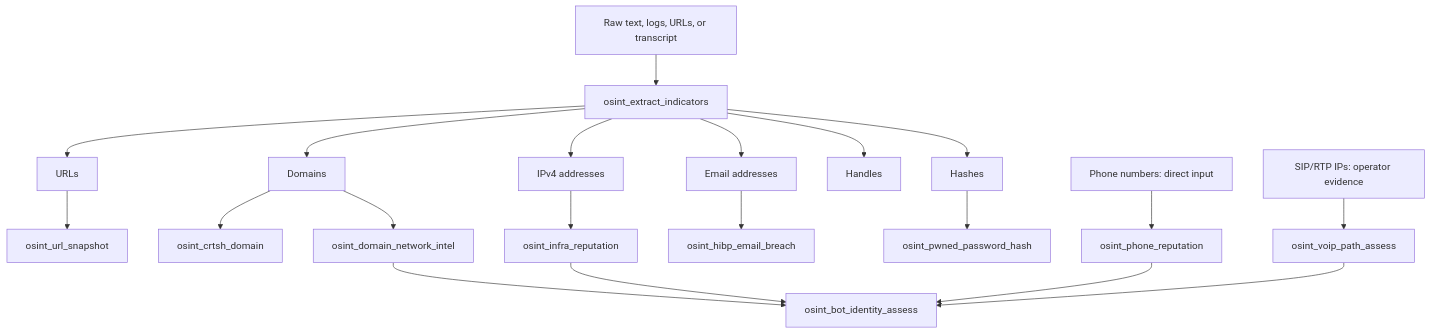
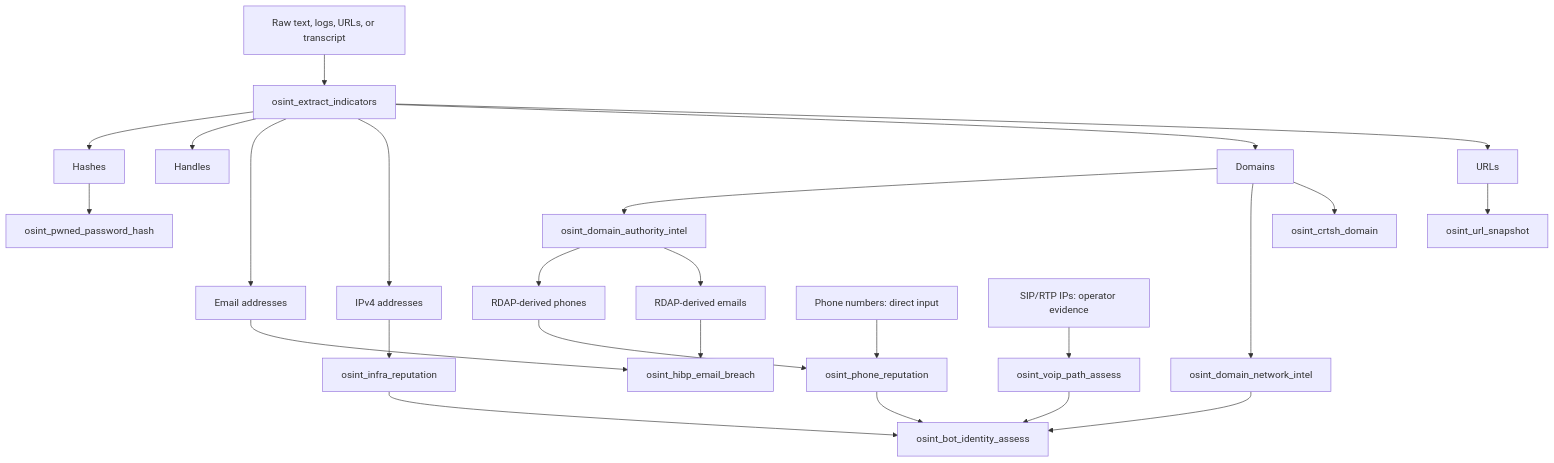
One commit to JuanHuaXu/openclaw-osint changed the second of 2 diagrams in README.md. Above: the diagram before and after it, drawn with Mermaid. The commit also changed other lines of this file and 6 other files, not shown here.

Commit message:
feat: add domain authority correlations to OSINT pipeline

````diff
--- a/README.md
+++ b/README.md
@@ -63,25 +70,30 @@
 ```mermaid
 flowchart TD
   Text["Raw text, logs, URLs, or transcript"] --> Extract["osint_extract_indicators"]
   Extract --> Urls["URLs"]
   Extract --> Domains["Domains"]
   Extract --> Ips["IPv4 addresses"]
   Extract --> Emails["Email addresses"]
   Extract --> Handles["Handles"]
   Extract --> Hashes["Hashes"]
 
   Urls --> Snapshot["osint_url_snapshot"]
   Domains --> Certs["osint_crtsh_domain"]
   Domains --> Network["osint_domain_network_intel"]
+  Domains --> Authority["osint_domain_authority_intel"]
   Ips --> Infra["osint_infra_reputation"]
   Emails --> HibpEmail["osint_hibp_email_breach"]
   Hashes --> PwnedHash["osint_pwned_password_hash"]
+  Authority --> DerivedEmails["RDAP-derived emails"]
+  Authority --> DerivedPhones["RDAP-derived phones"]
+  DerivedEmails --> HibpEmail
+  DerivedPhones --> PhoneRep
 
   Phone["Phone numbers: direct input"] --> PhoneRep["osint_phone_reputation"]
   Sip["SIP/RTP IPs: operator evidence"] --> Voip["osint_voip_path_assess"]
 
   Network --> Bot["osint_bot_identity_assess"]
   Infra --> Bot
   PhoneRep --> Bot
   Voip --> Bot
 ```
````
